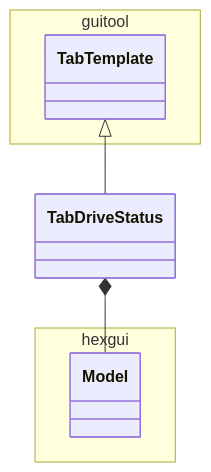
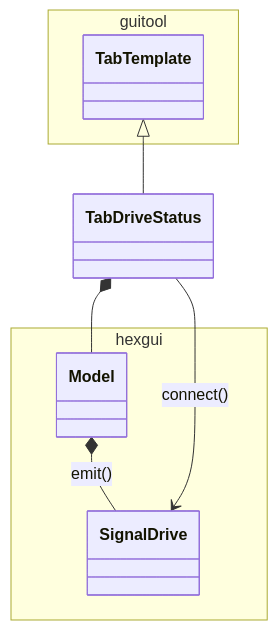
The diagram in doc/uml/tab/class_tab_drive_status.mmd (lsst-ts/ts_hexgui), drawn with Mermaid before and after one commit. The commit also changed 6 other files, not shown here.

```diff
--- a/doc/uml/tab/class_tab_drive_status.mmd
+++ b/doc/uml/tab/class_tab_drive_status.mmd
@@ -1,13 +1,17 @@
 classDiagram
 
 namespace guitool {
   class TabTemplate
 }
 
 namespace hexgui {
   class Model
+  class SignalDrive
 }
+
+Model *-- SignalDrive : emit()
 
 TabTemplate <|-- TabDriveStatus
 
 TabDriveStatus *-- Model
+TabDriveStatus --> SignalDrive : connect()
```
